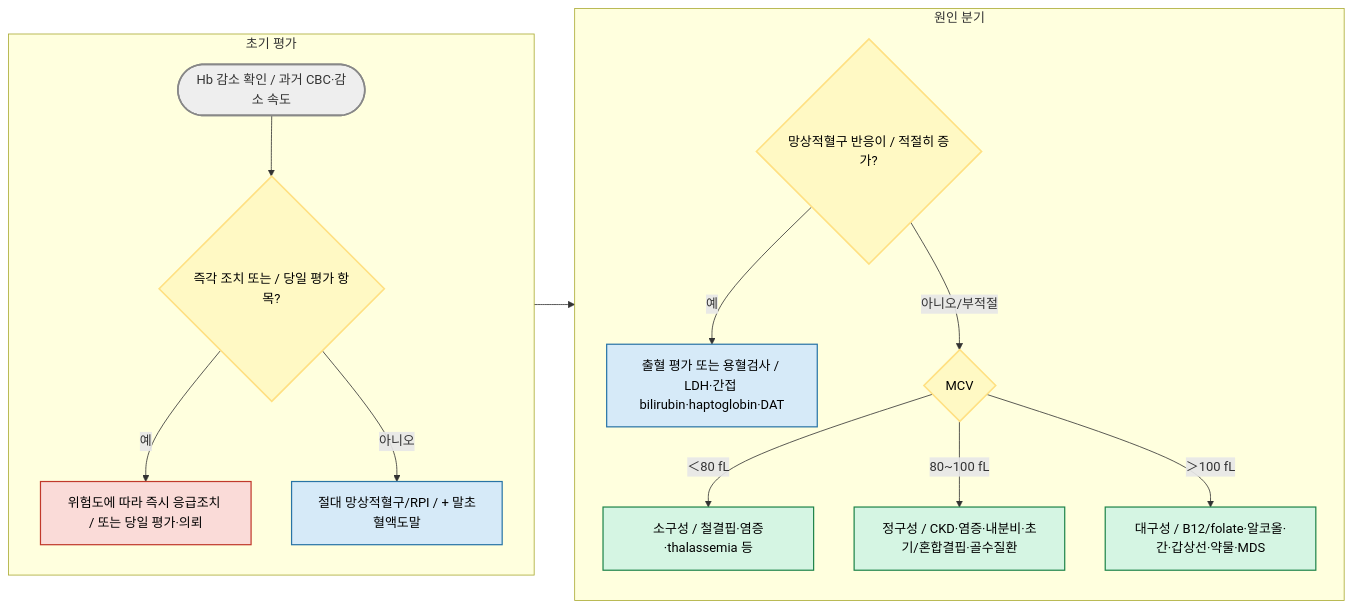
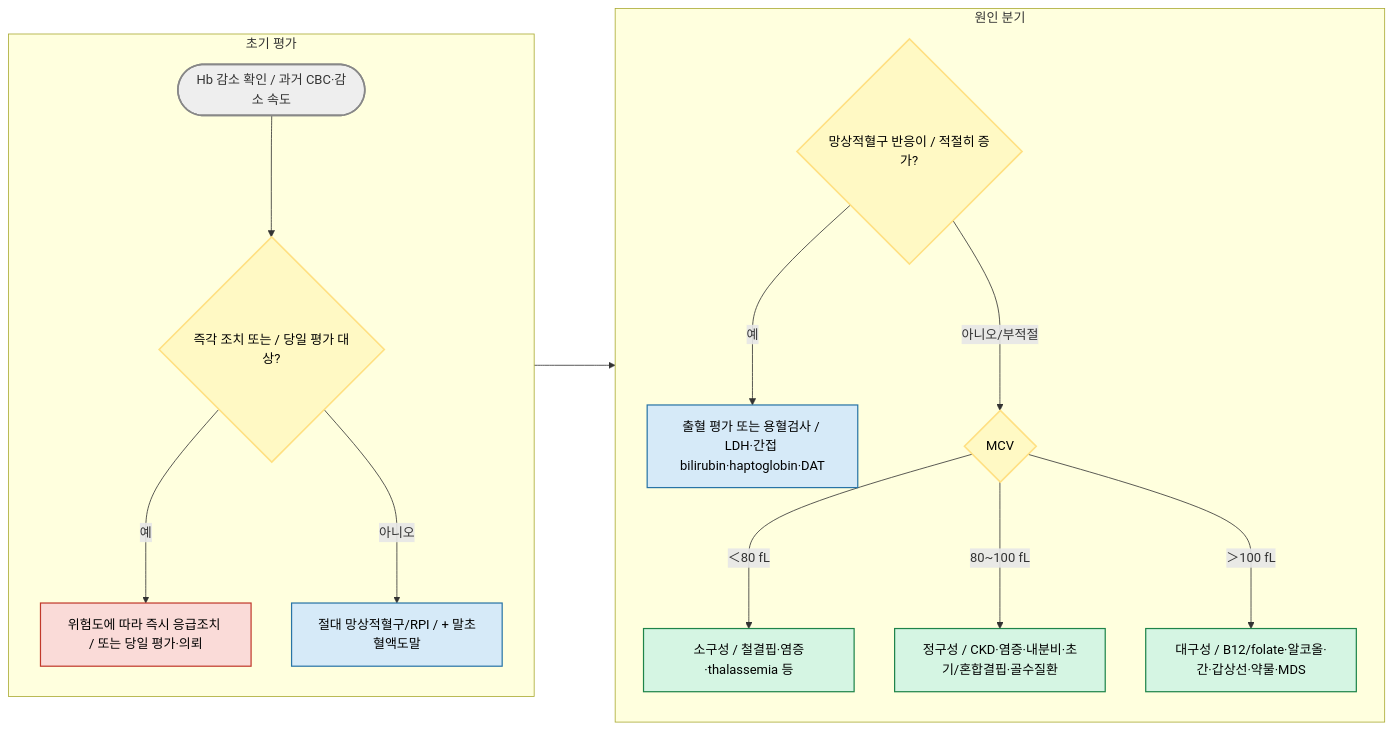
One commit to familyoh77/familyoh77 changed the diagram in 230_/192_-anemia.md. Above: the diagram before and after it, drawn with Mermaid. The commit also changed other lines of this file and 9 other files, not shown here.

````diff
--- a/230_/192_-anemia.md
+++ b/230_/192_-anemia.md
@@ -118,41 +121,41 @@
 ```mermaid
 flowchart LR
     subgraph A["초기 평가"]
         direction TB
         S(["Hb 감소 확인 / 과거 CBC·감소 속도"])
-        R{"즉각 조치 또는 / 당일 평가 항목?"}
+        R{"즉각 조치 또는 / 당일 평가 대상?"}
         E["위험도에 따라 즉시 응급조치 / 또는 당일 평가·의뢰"]
         T["절대 망상적혈구/RPI / + 말초혈액도말"]
-        S --> R
-        R -- 예 --> E
-        R -- 아니오 --> T
+        S ---> R
+        R -- 예 ---> E
+        R -- 아니오 ---> T
     end
 
     subgraph B["원인 분기"]
         direction TB
         H{"망상적혈구 반응이 / 적절히 증가?"}
         L["출혈 평가 또는 용혈검사 / LDH·간접 bilirubin·haptoglobin·DAT"]
         M{"MCV"}
         Mi["소구성 / 철결핍·염증·thalassemia 등"]
         N["정구성 / CKD·염증·내분비·초기/혼합결핍·골수질환"]
         Ma["대구성 / B12/folate·알코올·간·갑상선·약물·MDS"]
-        H -- 예 --> L
-        H -- 아니오/부적절 --> M
-        M -- ＜80 fL --> Mi
-        M -- 80~100 fL --> N
-        M -- ＞100 fL --> Ma
+        H -- 예 ---> L
+        H -- 아니오/부적절 ---> M
+        M -- ＜80 fL ---> Mi
+        M -- 80~100 fL ---> N
+        M -- ＞100 fL ---> Ma
     end
 
-    T --> H
+    T ---> H
 
     classDef start fill:#eeeeee,stroke:#888888,stroke-width:2px;
     classDef decision fill:#fff9c4,stroke:#ffe082,color:#000,stroke-width:2px;
     classDef urgent fill:#fadbd8,stroke:#c0392b,color:#000,stroke-width:1.5px;
     classDef action fill:#d6eaf8,stroke:#2874a6,color:#000,stroke-width:1.5px;
     classDef endpoint fill:#d5f5e3,stroke:#1e8449,color:#000,stroke-width:1.5px;
     class S start;
     class R,H,M decision;
     class E urgent;
     class T,L action;
     class Mi,N,Ma endpoint;
 ```
````
